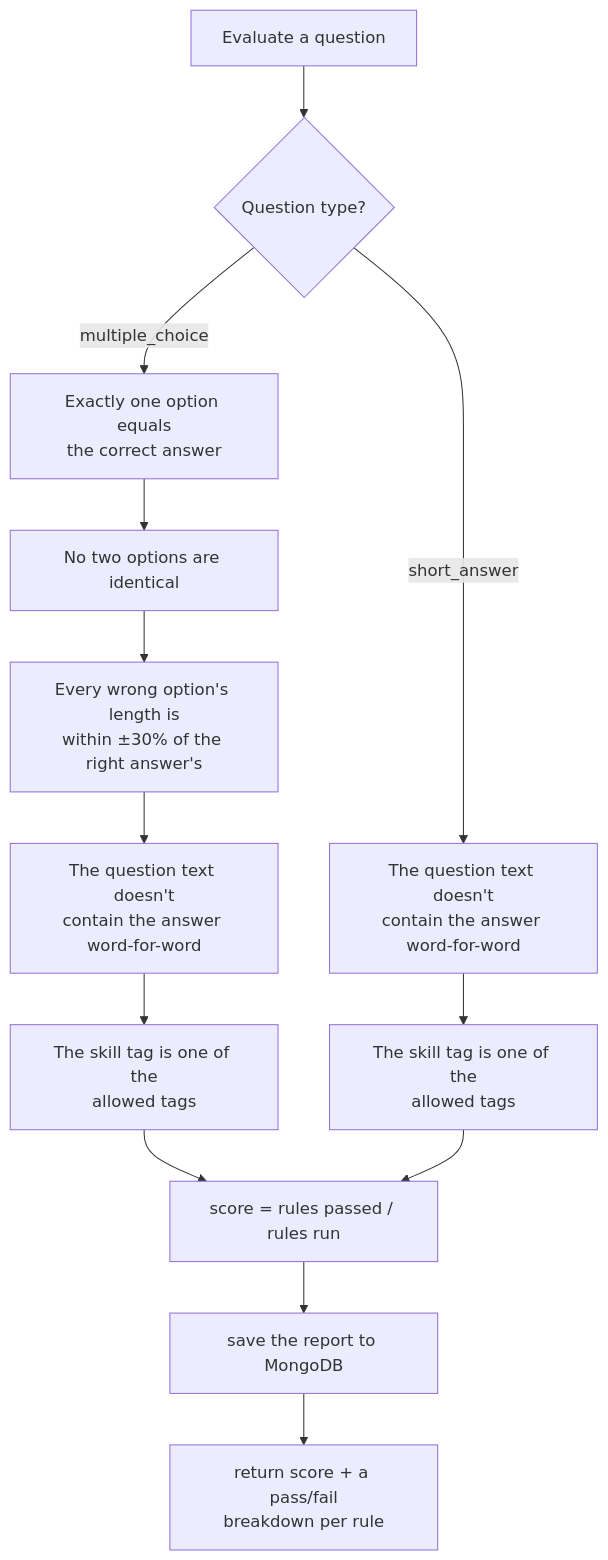
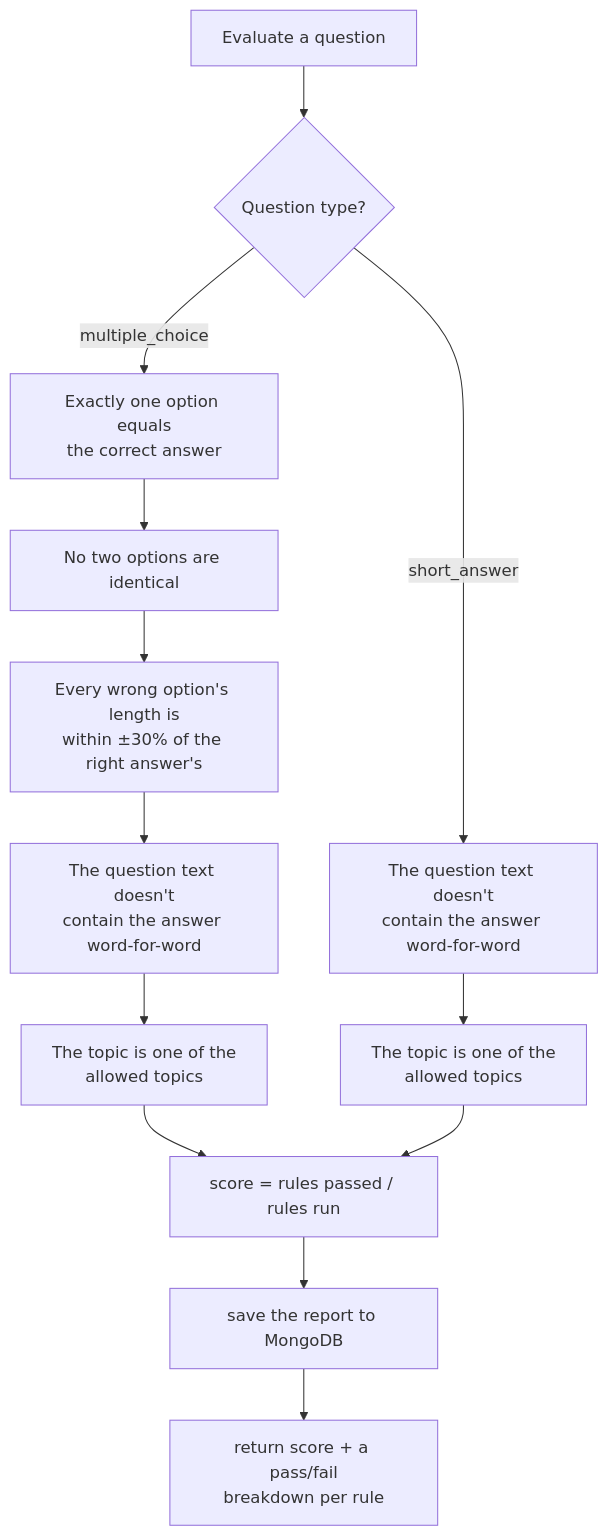
Before and after one commit to danilomsilva/question-bench: the sixth of 10 diagrams in docs/architecture.md, drawn with Mermaid. The commit also changed other lines of this file and 26 other files, not shown here.

First line of the commit message:
refactor: rename skill_tag to topic across backend, frontend, and docs

````diff
--- a/docs/architecture.md
+++ b/docs/architecture.md
@@ -157,18 +157,18 @@
 ```mermaid
 flowchart TD
     Start[Evaluate a question] --> Type{Question type?}
 
     Type -->|multiple_choice| MC1[Exactly one option equals<br/>the correct answer]
     MC1 --> MC2[No two options are identical]
     MC2 --> MC3[Every wrong option's length is<br/>within ±30% of the right answer's]
     MC3 --> MC4[The question text doesn't<br/>contain the answer word-for-word]
-    MC4 --> MC5[The skill tag is one of the<br/>allowed tags]
+    MC4 --> MC5[The topic is one of the<br/>allowed topics]
     MC5 --> Score
 
     Type -->|short_answer| SA1[The question text doesn't<br/>contain the answer word-for-word]
-    SA1 --> SA2[The skill tag is one of the<br/>allowed tags]
+    SA1 --> SA2[The topic is one of the<br/>allowed topics]
     SA2 --> Score
 
     Score[score = rules passed / rules run] --> Save[save the report to MongoDB]
     Save --> Return[return score + a pass/fail<br/>breakdown per rule]
 ```
````
